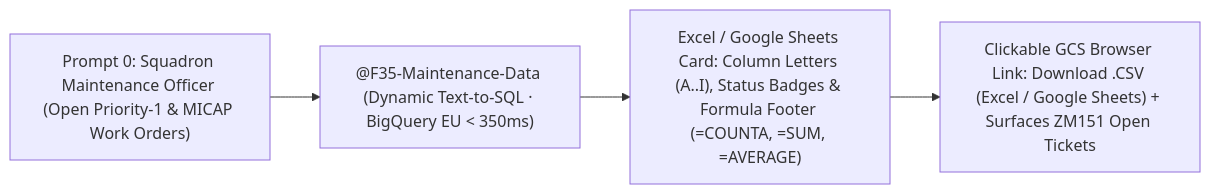
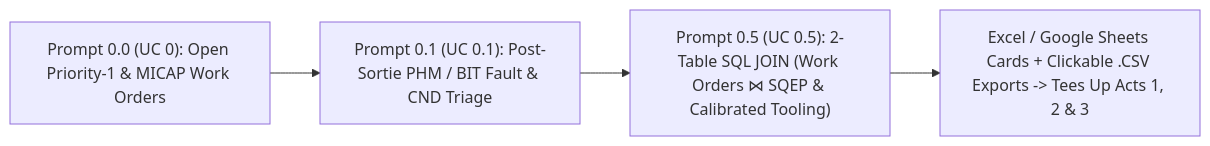
One commit to edwardsda-prog/f35 changed the second of 5 diagrams in DEMO_STORYBOARD.md. Above: the diagram before and after it, drawn with Mermaid. The commit also changed other lines of this file and 6 other files, not shown here.

````diff
--- a/DEMO_STORYBOARD.md
+++ b/DEMO_STORYBOARD.md
@@ -50,6 +52,6 @@
 ```mermaid
 flowchart LR
-    U0["Prompt 0: Squadron Maintenance Officer (Open Priority-1 & MICAP Work Orders)"] --> R0["@F35-Maintenance-Data (Dynamic Text-to-SQL · BigQuery EU < 350ms)"]
-    R0 --> S0["Excel / Google Sheets Card: Column Letters (A..I), Status Badges & Formula Footer (=COUNTA, =SUM, =AVERAGE)"]
-    S0 --> E0["Clickable GCS Browser Link: Download .CSV (Excel / Google Sheets) + Surfaces ZM151 Open Tickets"]
+    U0["Prompt 0.0 (UC 0): Open Priority-1 & MICAP Work Orders"] --> U01["Prompt 0.1 (UC 0.1): Post-Sortie PHM / BIT Fault & CND Triage"]
+    U01 --> U05["Prompt 0.5 (UC 0.5): 2-Table SQL JOIN (Work Orders ⋈ SQEP & Calibrated Tooling)"]
+    U05 --> E0["Excel / Google Sheets Cards + Clickable .CSV Exports -> Tees Up Acts 1, 2 & 3"]
 ```
````
